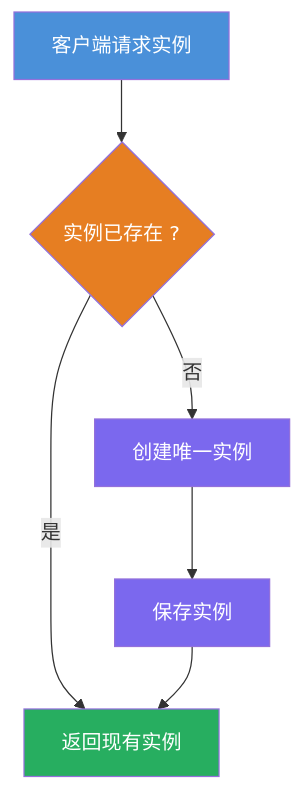
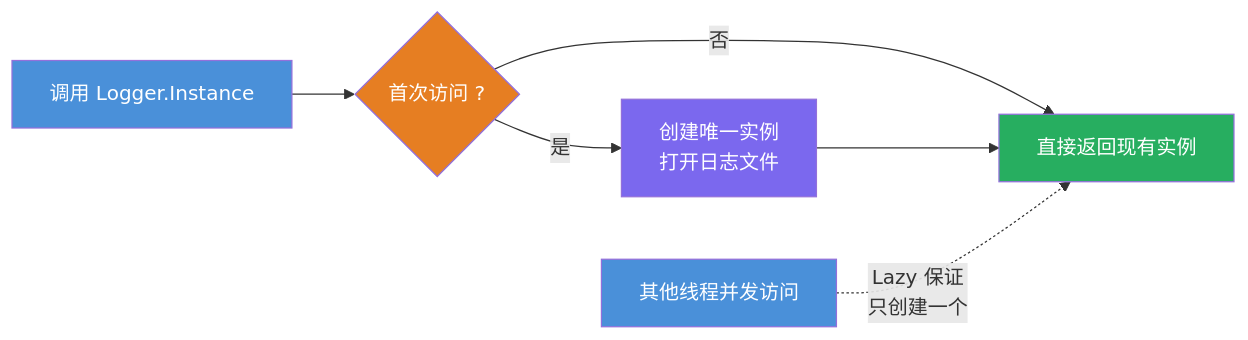
Before and after one commit to hollson/design_patterns: the second of 4 diagrams in SingletonPattern/README.md, drawn with Mermaid. The commit also changed other lines of this file and 143 other files, not shown here.

````diff
--- a/SingletonPattern/README.md
+++ b/SingletonPattern/README.md
@@ -27,14 +125,14 @@
 ```mermaid
-flowchart TD
-    A["客户端请求实例"] --> B{"实例已存在 ?"}
-    B -- 是 --> C["返回现有实例"]
-    B -- 否 --> D["创建唯一实例"]
-    D --> E["保存实例"]
-    E --> C
+flowchart LR
+    A["调用 Logger.Instance"] --> B{"首次访问 ?"}
+    B -->|"是"| C["创建唯一实例<br/>打开日志文件"]
+    B -->|"否"| D["直接返回现有实例"]
+    C --> D
+    E["其他线程并发访问"] -.->|"Lazy<T> 保证<br/>只创建一个"| D
 
     style A fill:#4A90D9,color:#fff
     style B fill:#E67E22,color:#fff
-    style C fill:#27AE60,color:#fff
-    style D fill:#7B68EE,color:#fff
-    style E fill:#7B68EE,color:#fff
+    style C fill:#7B68EE,color:#fff
+    style D fill:#27AE60,color:#fff
+    style E fill:#4A90D9,color:#fff
 ```
````
